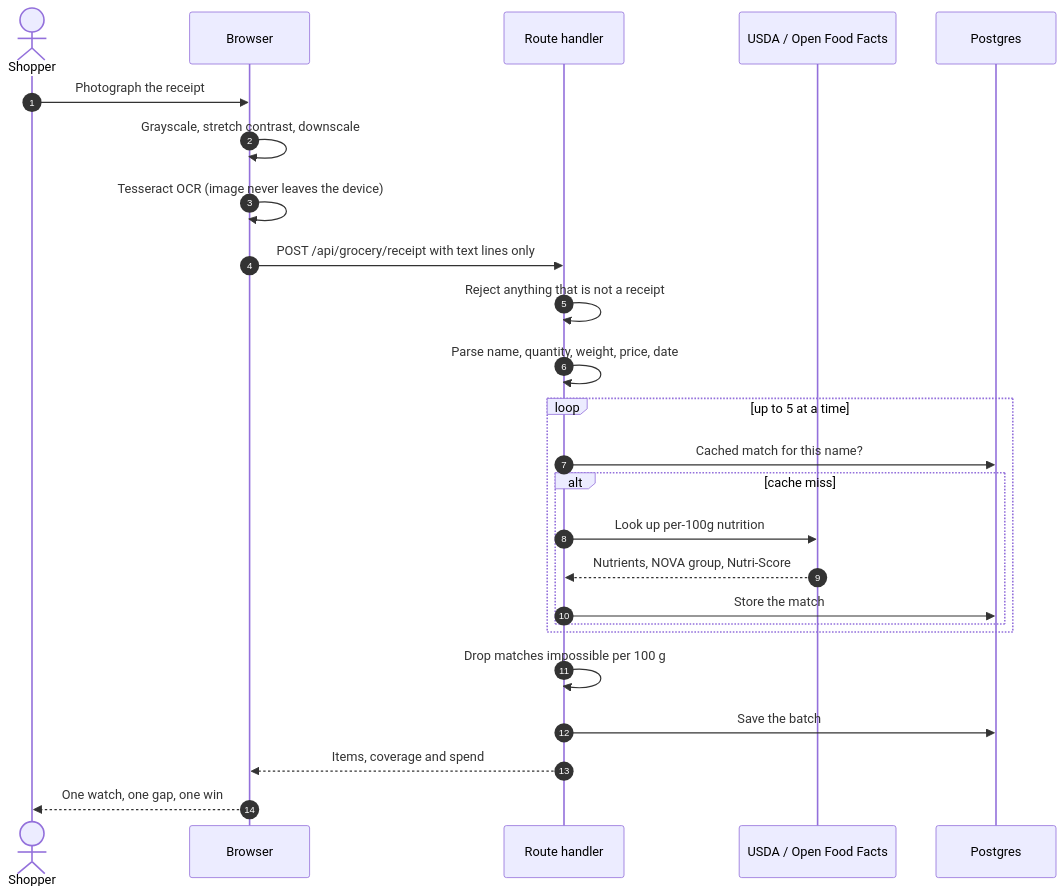
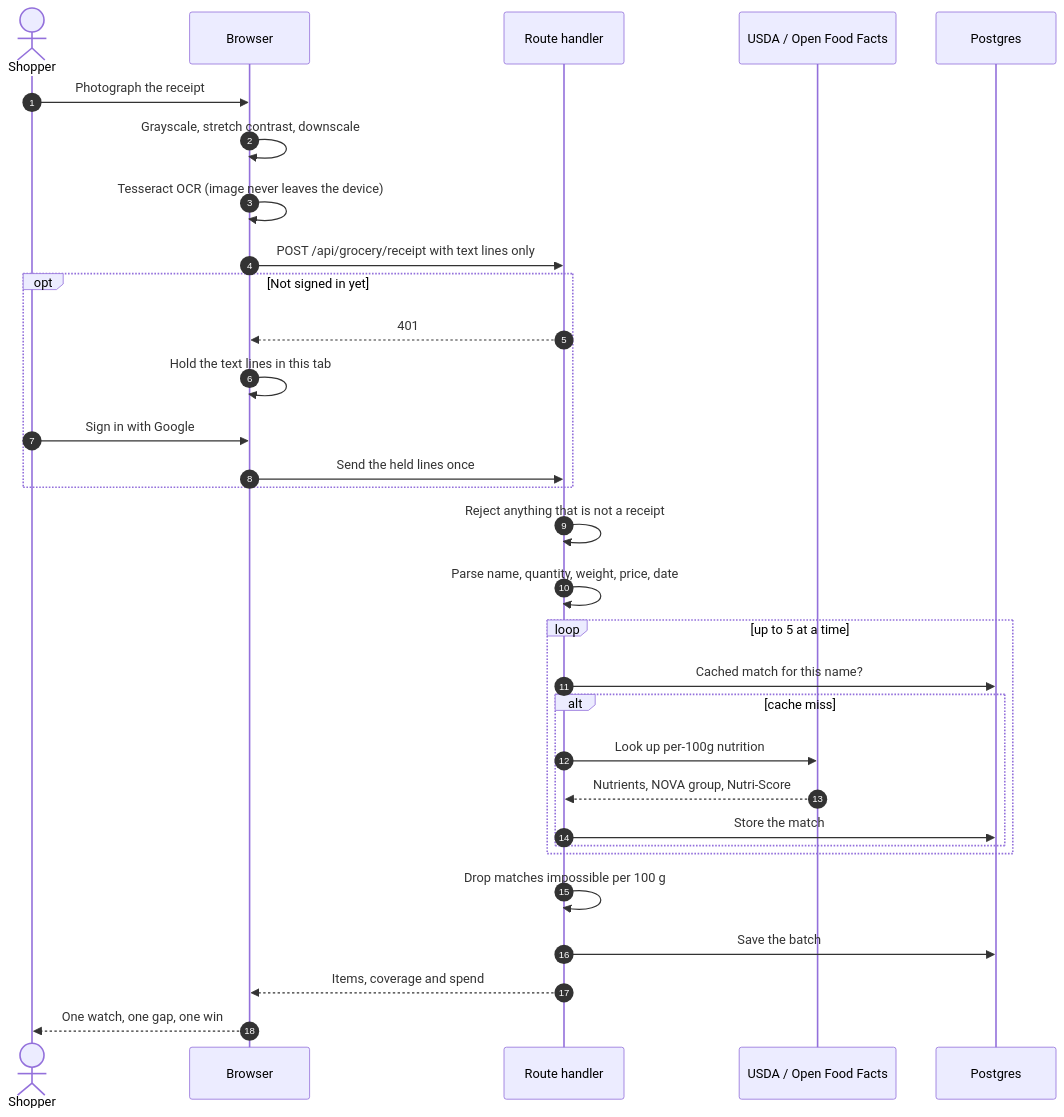
The second of 4 diagrams in README.md (kandulanikhilvarma/cartwise), drawn with Mermaid before and after one commit. The commit also changed other lines of this file and 3 other files, not shown here.

````diff
--- a/README.md
+++ b/README.md
@@ -109,31 +112,37 @@
 ```mermaid
 sequenceDiagram
     autonumber
     actor S as Shopper
     participant B as Browser
     participant API as Route handler
     participant N as USDA / Open Food Facts
     participant DB as Postgres
 
     S->>B: Photograph the receipt
     B->>B: Grayscale, stretch contrast, downscale
     B->>B: Tesseract OCR (image never leaves the device)
     B->>API: POST /api/grocery/receipt with text lines only
+    opt Not signed in yet
+        API-->>B: 401
+        B->>B: Hold the text lines in this tab
+        S->>B: Sign in with Google
+        B->>API: Send the held lines once
+    end
 
     API->>API: Reject anything that is not a receipt
     API->>API: Parse name, quantity, weight, price, date
 
     loop up to 5 at a time
         API->>DB: Cached match for this name?
         alt cache miss
             API->>N: Look up per-100g nutrition
             N-->>API: Nutrients, NOVA group, Nutri-Score
             API->>DB: Store the match
         end
     end
 
     API->>API: Drop matches impossible per 100 g
     API->>DB: Save the batch
     API-->>B: Items, coverage and spend
     B-->>S: One watch, one gap, one win
 ```
````
